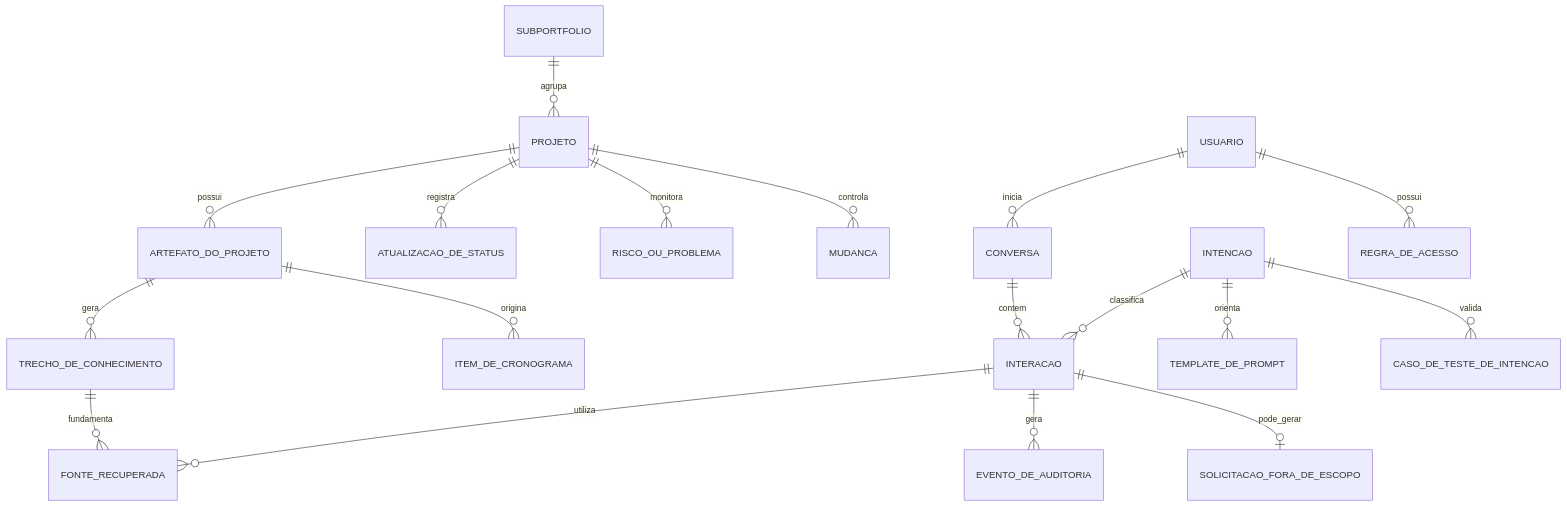
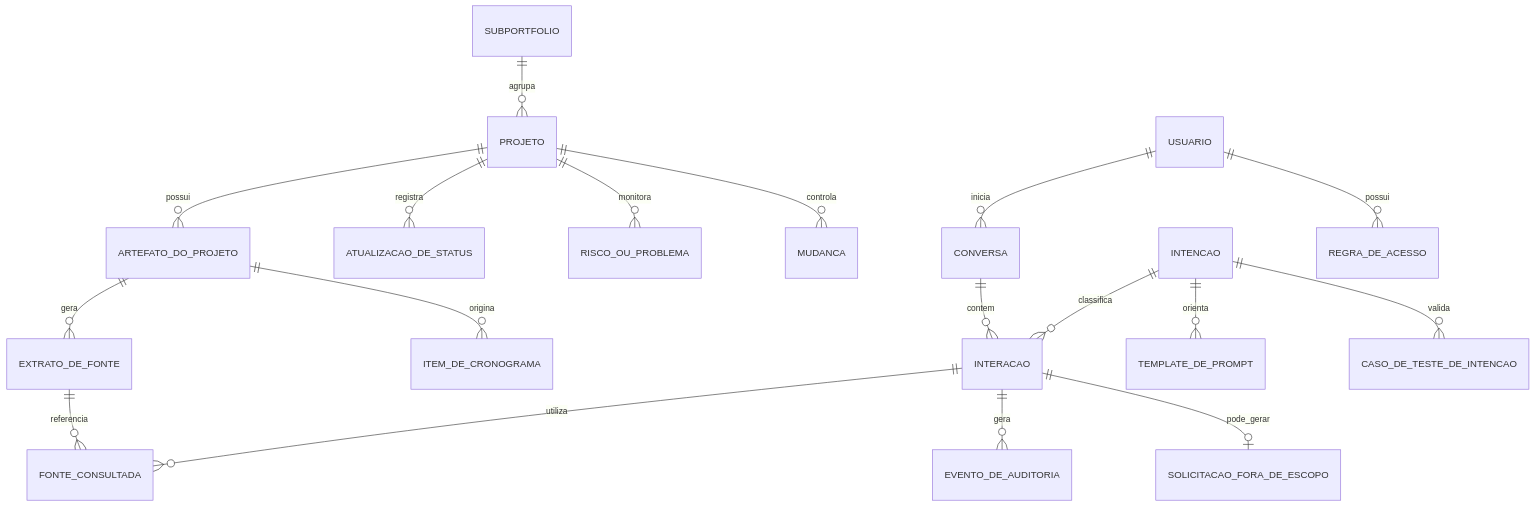
The fifth of 5 diagrams in docs/Projeto.md (jjalmeidadev/oneshot), drawn with Mermaid before and after one commit. The commit also changed other lines of this file, not shown here.

````diff
--- a/docs/Projeto.md
+++ b/docs/Projeto.md
@@ -2371,24 +2372,24 @@
 ```mermaid
 erDiagram
     SUBPORTFOLIO ||--o{ PROJETO : agrupa
     PROJETO ||--o{ ARTEFATO_DO_PROJETO : possui
-    ARTEFATO_DO_PROJETO ||--o{ TRECHO_DE_CONHECIMENTO : gera
+    ARTEFATO_DO_PROJETO ||--o{ EXTRATO_DE_FONTE : gera
     ARTEFATO_DO_PROJETO ||--o{ ITEM_DE_CRONOGRAMA : origina
     PROJETO ||--o{ ATUALIZACAO_DE_STATUS : registra
     PROJETO ||--o{ RISCO_OU_PROBLEMA : monitora
     PROJETO ||--o{ MUDANCA : controla
 
 
     USUARIO ||--o{ CONVERSA : inicia
     CONVERSA ||--o{ INTERACAO : contem
     INTENCAO ||--o{ INTERACAO : classifica
-    INTERACAO ||--o{ FONTE_RECUPERADA : utiliza
-    TRECHO_DE_CONHECIMENTO ||--o{ FONTE_RECUPERADA : fundamenta
+    INTERACAO ||--o{ FONTE_CONSULTADA : utiliza
+    EXTRATO_DE_FONTE ||--o{ FONTE_CONSULTADA : referencia
     INTERACAO ||--o{ EVENTO_DE_AUDITORIA : gera
     INTERACAO ||--o| SOLICITACAO_FORA_DE_ESCOPO : pode_gerar
 
 
     USUARIO ||--o{ REGRA_DE_ACESSO : possui
     INTENCAO ||--o{ TEMPLATE_DE_PROMPT : orienta
     INTENCAO ||--o{ CASO_DE_TESTE_DE_INTENCAO : valida
 ```
````
